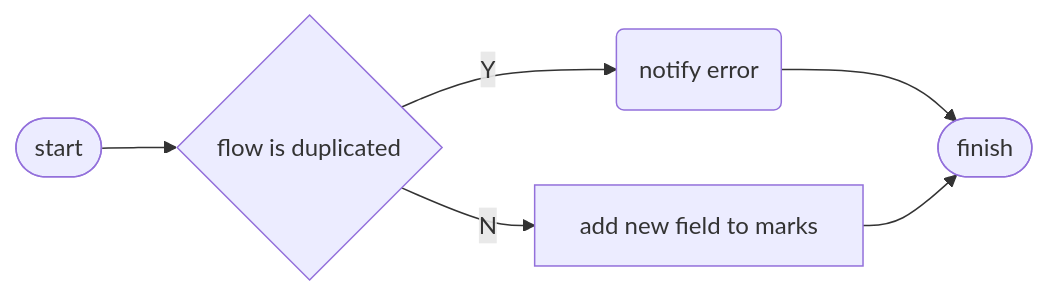
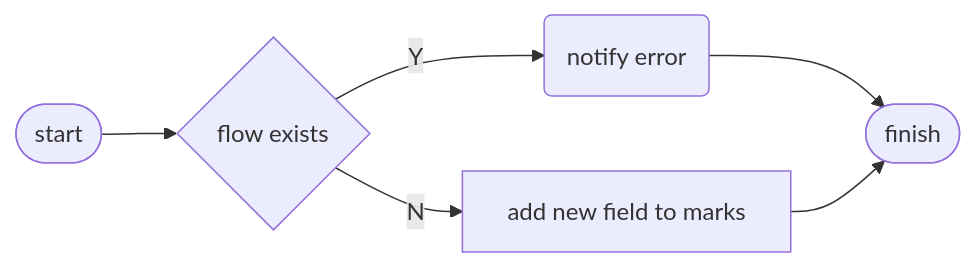
Before and after one commit to niuiic/track.nvim: diagram 11 of 25 in DESIGN.md, drawn with Mermaid. The commit also changed other lines of this file and 6 other files, not shown here.

````diff
--- a/DESIGN.md
+++ b/DESIGN.md
@@ -160,12 +278,12 @@
 ```mermaid
 flowchart LR
     start([start]) --> n1
 
-    n1{flow is duplicated}
+    n1{flow exists}
     n1 --Y--> error(notify error) --> finish
     n1 --N--> n2
 
     n2[add new field to marks] --> finish
 
     finish([finish])
 ```
````
